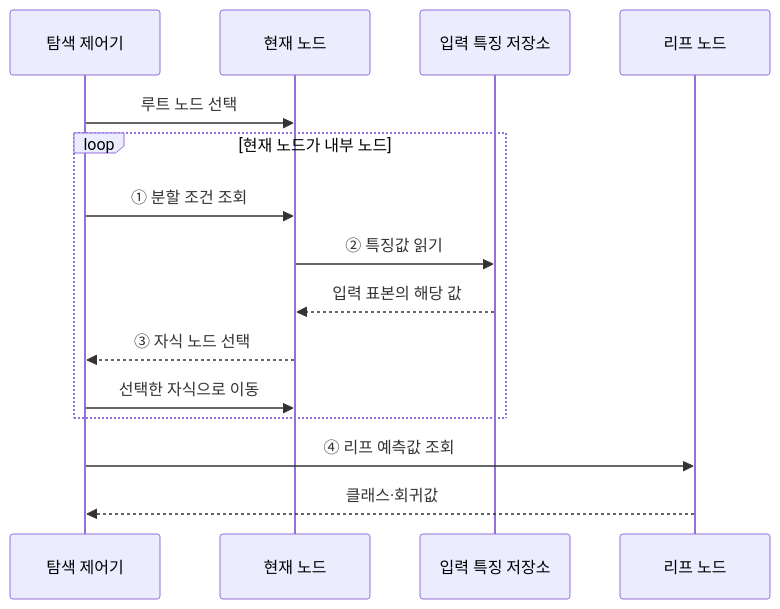
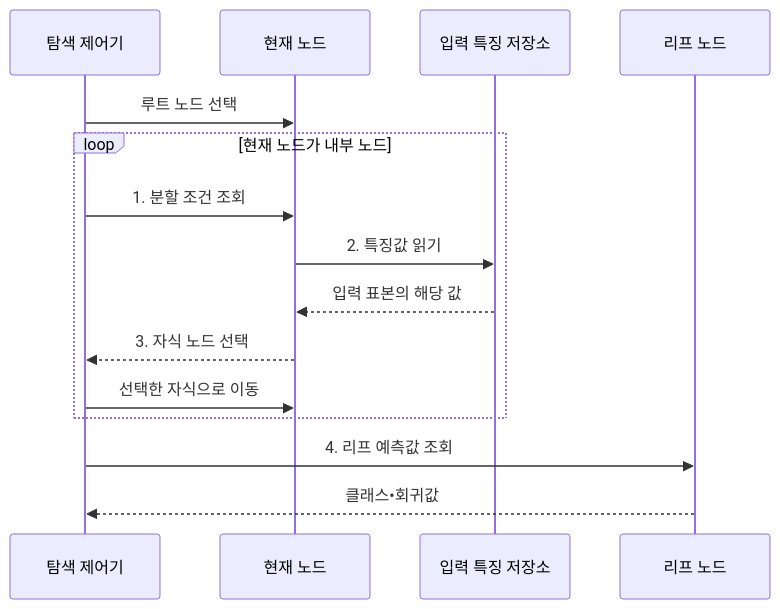
The second of 2 diagrams in src/content/docs/notes/01-basic-theory/049_decision_tree.md (agnusdei1207/knowledge-base), drawn with Mermaid before and after one commit. The commit also changed other lines of this file and 20 other files, not shown here.

````diff
--- a/src/content/docs/notes/01-basic-theory/049_decision_tree.md
+++ b/src/content/docs/notes/01-basic-theory/049_decision_tree.md
@@ -80,17 +80,17 @@
 ```mermaid
 sequenceDiagram
     participant T as 탐색 제어기
     participant N as 현재 노드
     participant X as 입력 특징 저장소
     participant L as 리프 노드
     T->>N: 루트 노드 선택
     loop 현재 노드가 내부 노드
-        T->>N: ① 분할 조건 조회
-        N->>X: ② 특징값 읽기
+        T->>N: 1. 분할 조건 조회
+        N->>X: 2. 특징값 읽기
         X-->>N: 입력 표본의 해당 값
-        N-->>T: ③ 자식 노드 선택
+        N-->>T: 3. 자식 노드 선택
         T->>N: 선택한 자식으로 이동
     end
-    T->>L: ④ 리프 예측값 조회
-    L-->>T: 클래스·회귀값
+    T->>L: 4. 리프 예측값 조회
+    L-->>T: 클래스•회귀값
 ```
````
